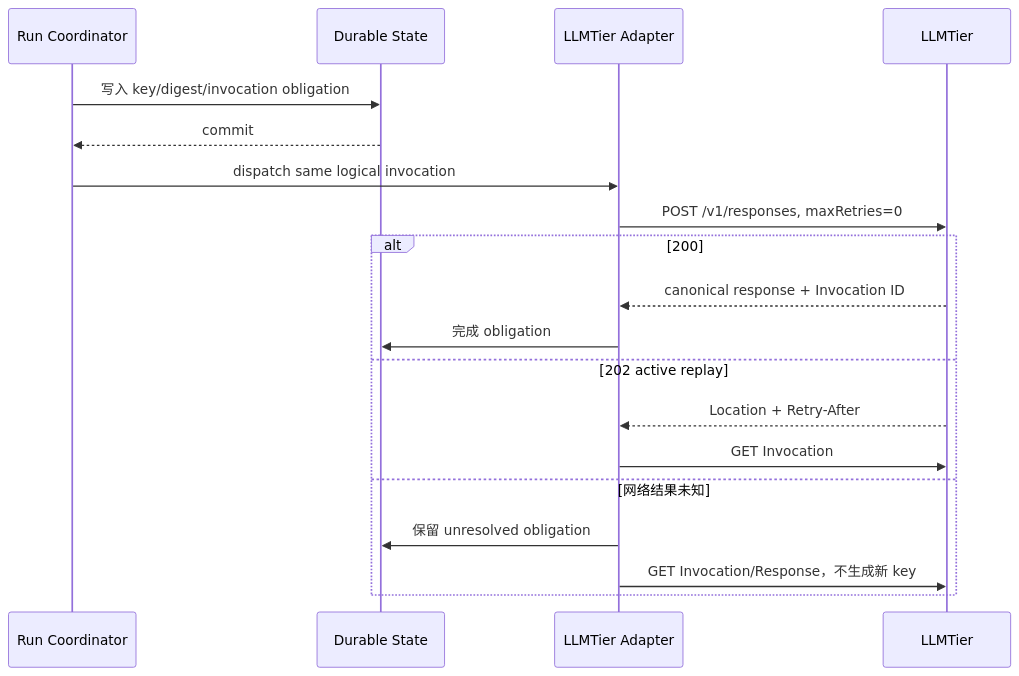
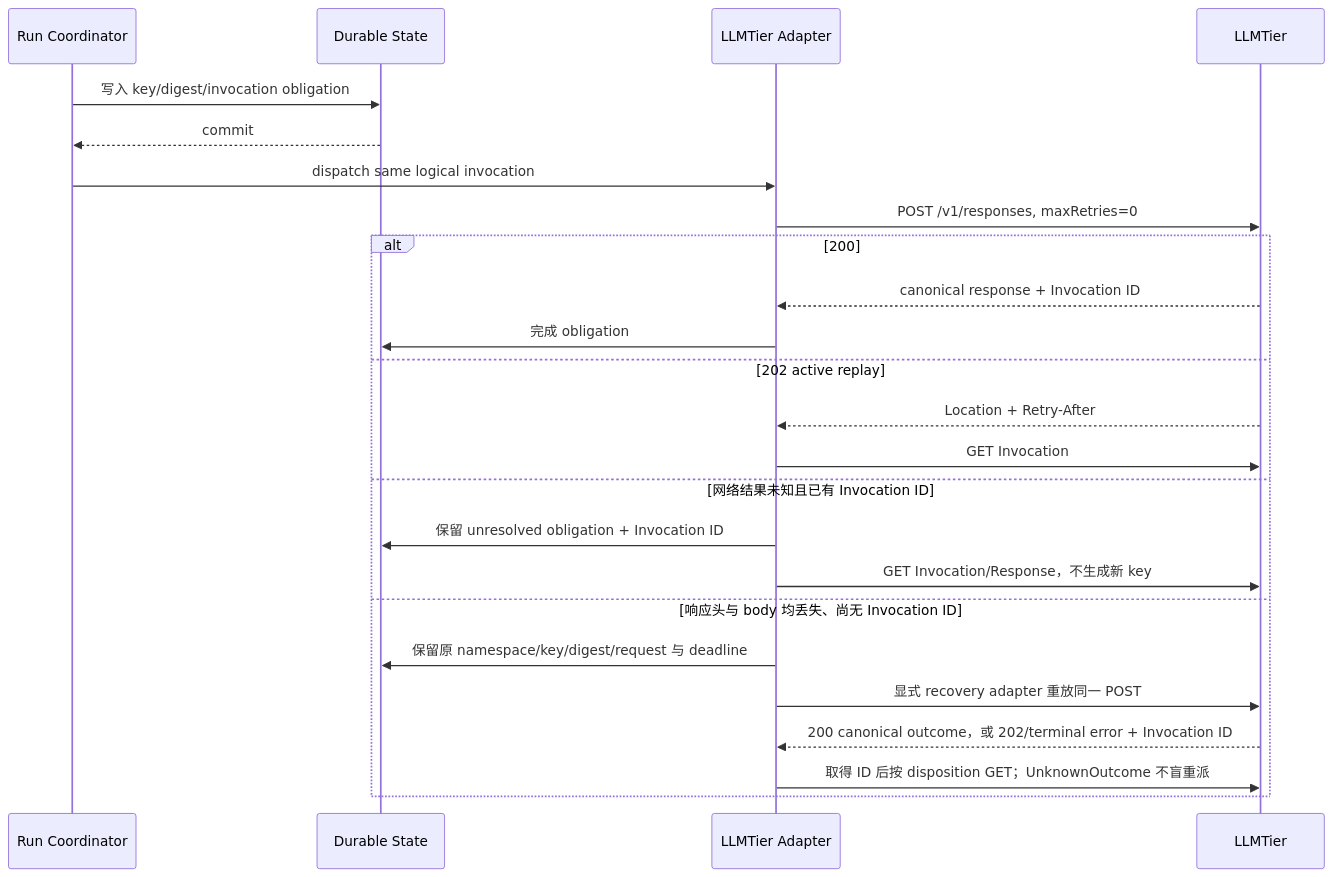
The third of 3 diagrams in docs/design/piko-agent-runtime-design-v0.3.md (corezilla/piko), drawn with Mermaid before and after one commit. The commit also changed other lines of this file and 6 other files, not shown here.

````diff
--- a/docs/design/piko-agent-runtime-design-v0.3.md
+++ b/docs/design/piko-agent-runtime-design-v0.3.md
@@ -244,21 +244,26 @@
 ```mermaid
 sequenceDiagram
     participant R as Run Coordinator
     participant D as Durable State
     participant A as LLMTier Adapter
     participant L as LLMTier
     R->>D: 写入 key/digest/invocation obligation
     D-->>R: commit
     R->>A: dispatch same logical invocation
     A->>L: POST /v1/responses, maxRetries=0
     alt 200
         L-->>A: canonical response + Invocation ID
         A->>D: 完成 obligation
     else 202 active replay
         L-->>A: Location + Retry-After
         A->>L: GET Invocation
-    else 网络结果未知
-        A->>D: 保留 unresolved obligation
+    else 网络结果未知且已有 Invocation ID
+        A->>D: 保留 unresolved obligation + Invocation ID
         A->>L: GET Invocation/Response，不生成新 key
+    else 响应头与 body 均丢失、尚无 Invocation ID
+        A->>D: 保留原 namespace/key/digest/request 与 deadline
+        A->>L: 显式 recovery adapter 重放同一 POST
+        L-->>A: 200 canonical outcome，或 202/terminal error + Invocation ID
+        A->>L: 取得 ID 后按 disposition GET；UnknownOutcome 不盲重派
     end
 ```
````
